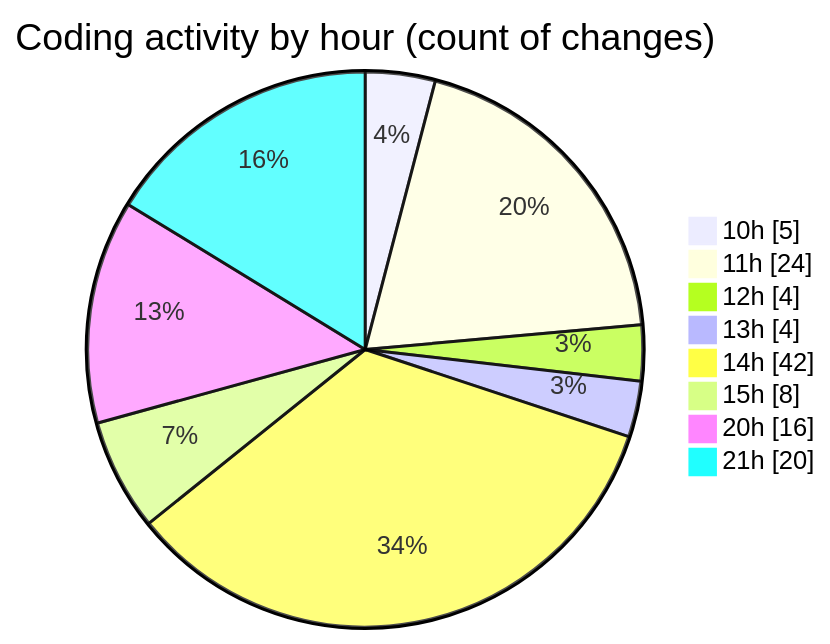
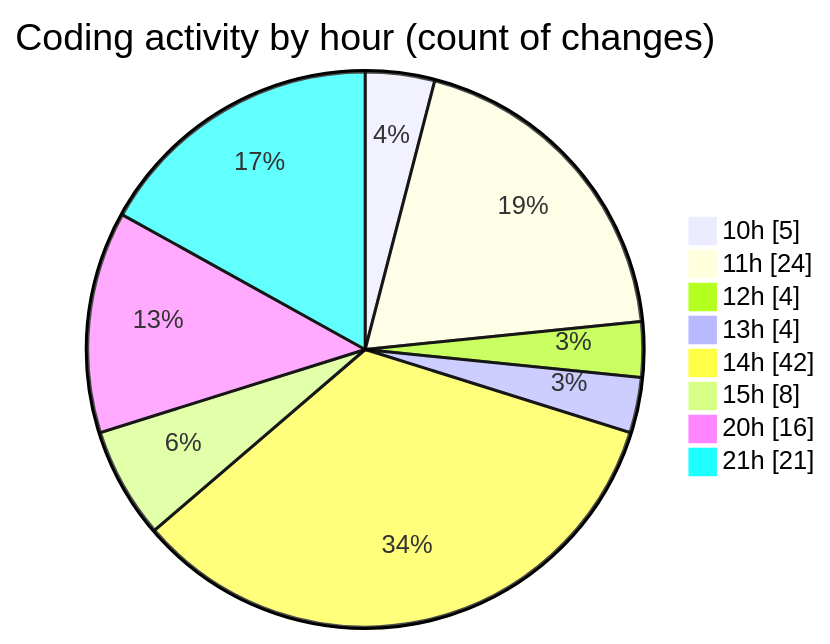
The second of 2 diagrams in 2026-09-09/cda/README.md (momahboobian/code-tracking), drawn with Mermaid before and after one commit. The commit also changed other lines of this file and 1 other file, not shown here.

````diff
--- a/2026-09-09/cda/README.md
+++ b/2026-09-09/cda/README.md
@@ -50,12 +51,12 @@
 ```mermaid
 pie showData
 title Coding activity by hour (count of changes)
 "10h" : 5
 "11h" : 24
 "12h" : 4
 "13h" : 4
 "14h" : 42
 "15h" : 8
 "20h" : 16
-"21h" : 20
+"21h" : 21
 ```
````
